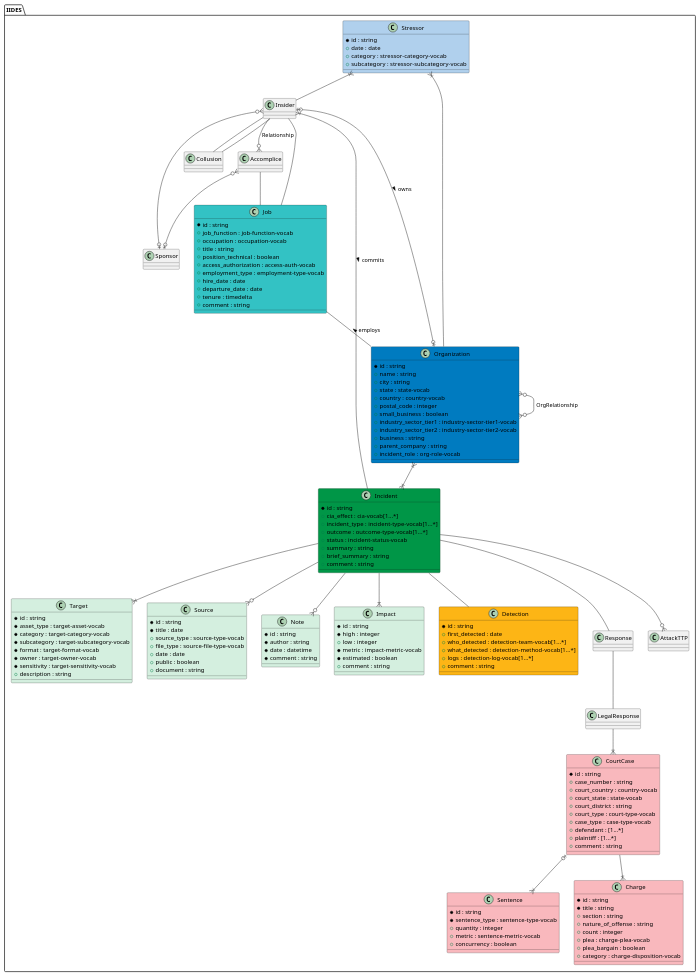
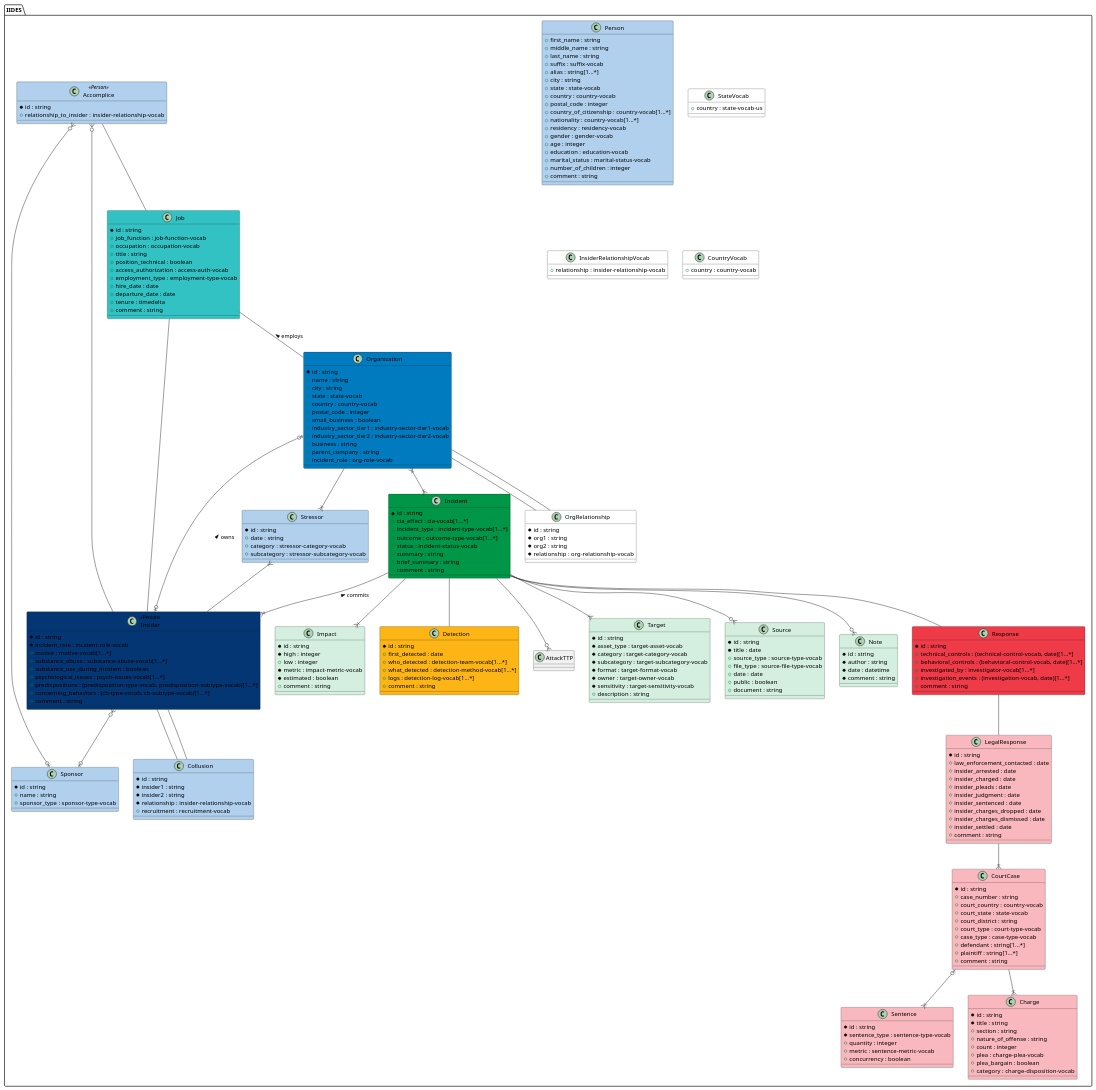
One commit to cmu-sei/iides changed the diagram in UML/source/iides.wsd. Above: the diagram before and after it, drawn with PlantUML. The commit also changed 6 other files, not shown here.

```diff
--- a/UML/source/iides.wsd
+++ b/UML/source/iides.wsd
@@ -2,11 +2,20 @@
 package "IIDES" #fff {
 
 
+class Sponsor #b0d0ed {
+	* id : string 
+	+ name : string 
+	+ sponsor_type : sponsor-type-vocab 
+}
 class Stressor #b0d0ed {
 	* id : string 
-	+ date : date 
+	+ date : string 
 	+ category : stressor-category-vocab 
 	+ subcategory : stressor-subcategory-vocab 
+}
+class Accomplice <<Person>> #b0d0ed {
+	* id : string 
+	+ relationship_to_insider : insider-relationship-vocab 
 }
 class Target #D4EFDF {
 	* id : string 
@@ -36,6 +45,39 @@
 	+ date : date 
 	+ public : boolean 
 	+ document : string 
+}
+class LegalResponse #f9b8bd {
+	* id : string 
+	+ law_enforcement_contacted : date 
+	+ insider_arrested : date 
+	+ insider_charged : date 
+	+ insider_pleads : date 
+	+ insider_judgment : date 
+	+ insider_sentenced : date 
+	+ insider_charges_dropped : date 
+	+ insider_charges_dismissed : date 
+	+ insider_settled : date 
+	+ comment : string 
+}
+class Person #b0d0ed {
+	+ first_name : string 
+	+ middle_name : string 
+	+ last_name : string 
+	+ suffix : suffix-vocab 
+	+ alias : string[1...*] 
+	+ city : string 
+	+ state : state-vocab 
+	+ country : country-vocab 
+	+ postal_code : integer 
+	+ country_of_citizenship : country-vocab[1...*] 
+	+ nationality : country-vocab[1...*] 
+	+ residency : residency-vocab 
+	+ gender : gender-vocab 
+	+ age : integer 
+	+ education : education-vocab 
+	+ marital_status : marital-status-vocab 
+	+ number_of_children : integer 
+	+ comment : string 
 }
 class Note #D4EFDF {
 	* id : string 
@@ -103,8 +145,27 @@
 	+ court_district : string 
 	+ court_type : court-type-vocab 
 	+ case_type : case-type-vocab 
-	+ defendant : [1...*] 
-	+ plaintiff : [1...*] 
+	+ defendant : string[1...*] 
+	+ plaintiff : string[1...*] 
+	+ comment : string 
+}
+class Insider <<Person>> #043673 {
+	* id : string 
+	* incident_role : incident-role-vocab 
+	+ motive : motive-vocab[1...*] 
+	+ substance_abuse : substance-abuse-vocab[1...*] 
+	+ substance_use_during_incident : boolean 
+	+ psychological_issues : psych-issues-vocab[1...*] 
+	+ predispositions : ({field} predisposition-type-vocab, predisposition-subtype-vocab)[1...*] 
+	+ concerning_behaviors : ({field} cb-type-vocab, cb-subtype-vocab)[1...*] 
+	+ comment : string 
+}
+class Response #EF3A47 {
+	* id : string 
+	+ technical_controls : ({field} technical-control-vocab, date)[1...*] 
+	+ behavioral_controls : ({field} behavioral-control-vocab, date)[1...*] 
+	+ investigated_by : investigator-vocab[1...*] 
+	+ investigation_events : ({field} investigation-vocab, date)[1...*] 
 	+ comment : string 
 }
 class Detection #FDB515 {
@@ -115,14 +176,37 @@
 	+ logs : detection-log-vocab[1...*] 
 	+ comment : string 
 }
+class StateVocab #FFFFFF {
+	+ country : state-vocab-us 
+}
+class InsiderRelationshipVocab #FFFFFF {
+	+ relationship : insider-relationship-vocab 
+}
+class CountryVocab #FFFFFF {
+	+ country : country-vocab 
+}
+class OrgRelationship #FFFFFF {
+	* id : string 
+	* org1 : string 
+	* org2 : string 
+	* relationship : org-relationship-vocab 
+}
+class Collusion #b0d0ed {
+	* id : string 
+	* insider1 : string 
+	* insider2 : string 
+	* relationship : insider-relationship-vocab 
+	+ recruitment : recruitment-vocab 
+}
 
-    Insider --o{ Accomplice : Relationship
+    Insider --o{ Accomplice
     Incident --|{ Insider : commits <
     Accomplice -- Job
     Job -- Organization : employs <
     Insider -- Job
     Organization }|--|{ Incident
-    Organization }o--o{ Organization : OrgRelationship
+    Organization -- OrgRelationship
+    OrgRelationship -- Organization
     Insider }o--o| Sponsor
     Accomplice }o--o| Sponsor
     Insider |o--o| Organization : owns >
```
